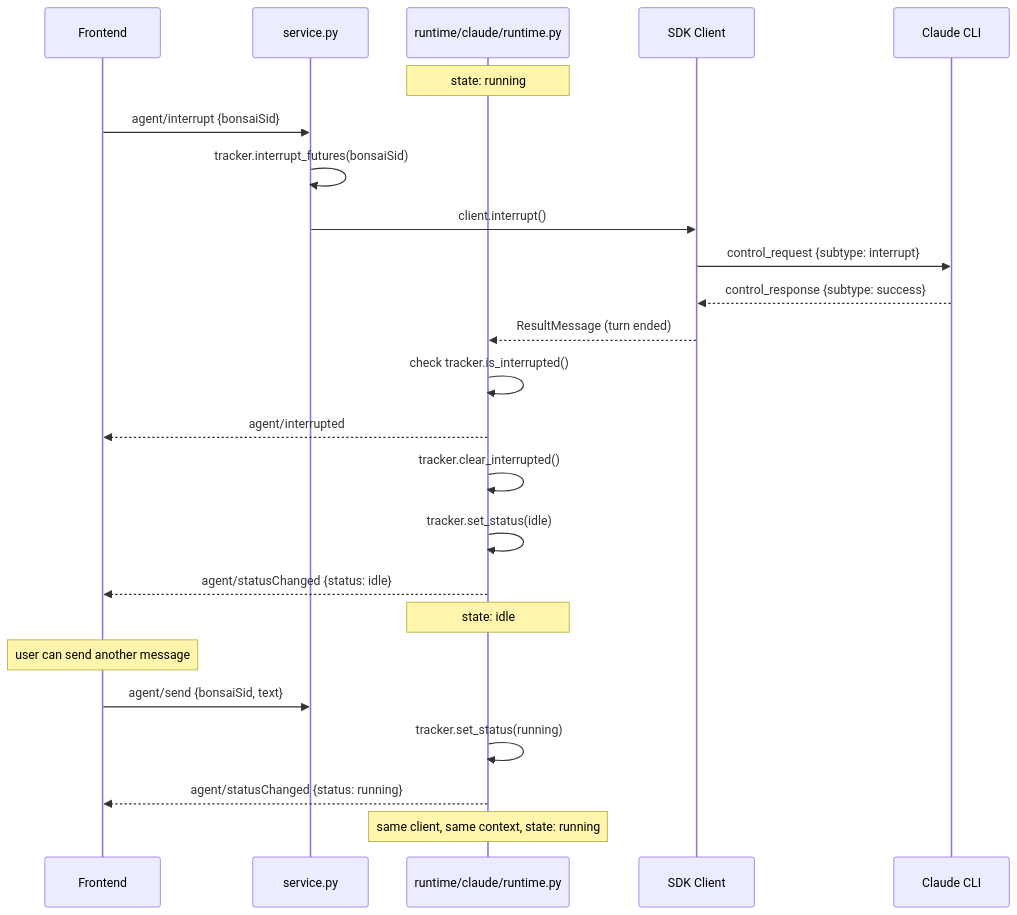
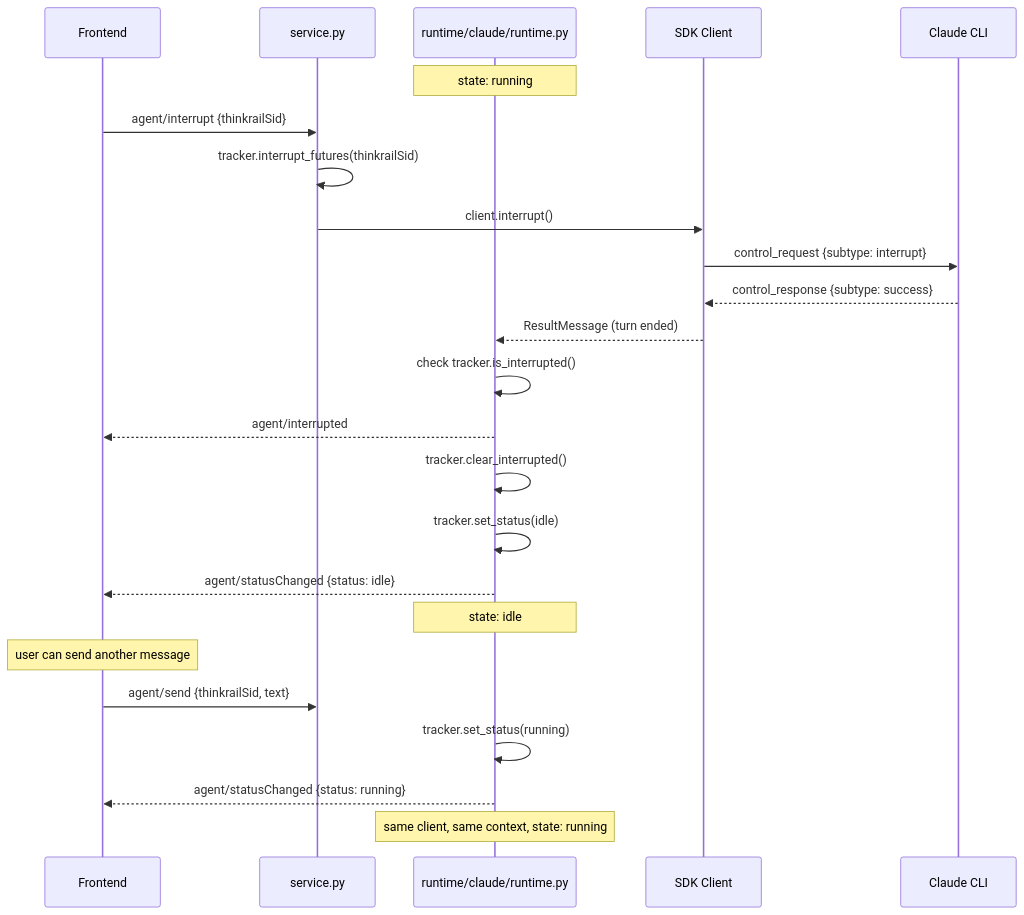
The third of 5 diagrams in backend/app/agent/README.md (JetBrains/thinkrail), drawn with Mermaid before and after one commit. The commit also changed other lines of this file and 372 other files, not shown here.

````diff
--- a/backend/app/agent/README.md
+++ b/backend/app/agent/README.md
@@ -140,30 +140,30 @@
 ```mermaid
 sequenceDiagram
     participant F as Frontend
     participant Svc as service.py
     participant R as runtime/claude/runtime.py
     participant SDK as SDK Client
     participant CLI as Claude CLI
 
     Note over R: state: running
 
-    F->>Svc: agent/interrupt {bonsaiSid}
-    Svc->>Svc: tracker.interrupt_futures(bonsaiSid)
+    F->>Svc: agent/interrupt {thinkrailSid}
+    Svc->>Svc: tracker.interrupt_futures(thinkrailSid)
     Svc->>SDK: client.interrupt()
     SDK->>CLI: control_request {subtype: interrupt}
     CLI-->>SDK: control_response {subtype: success}
     SDK-->>R: ResultMessage (turn ended)
 
     R->>R: check tracker.is_interrupted()
     R-->>F: agent/interrupted
     R->>R: tracker.clear_interrupted()
     R->>R: tracker.set_status(idle)
     R-->>F: agent/statusChanged {status: idle}
     Note over R: state: idle
 
     Note over F: user can send another message
-    F->>Svc: agent/send {bonsaiSid, text}
+    F->>Svc: agent/send {thinkrailSid, text}
     R->>R: tracker.set_status(running)
     R-->>F: agent/statusChanged {status: running}
     Note over R: same client, same context, state: running
 ```
````
